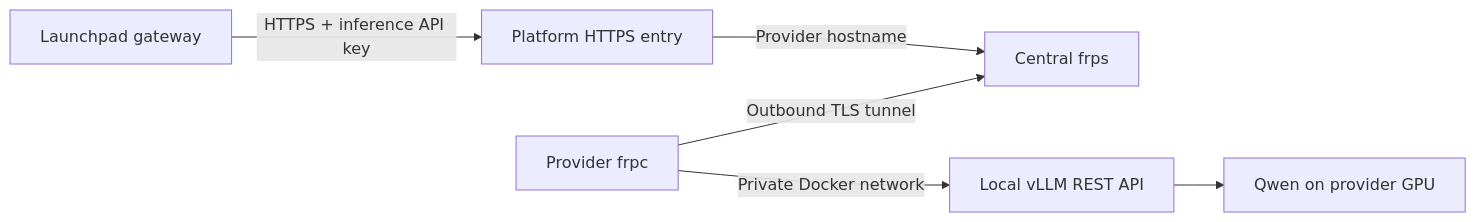
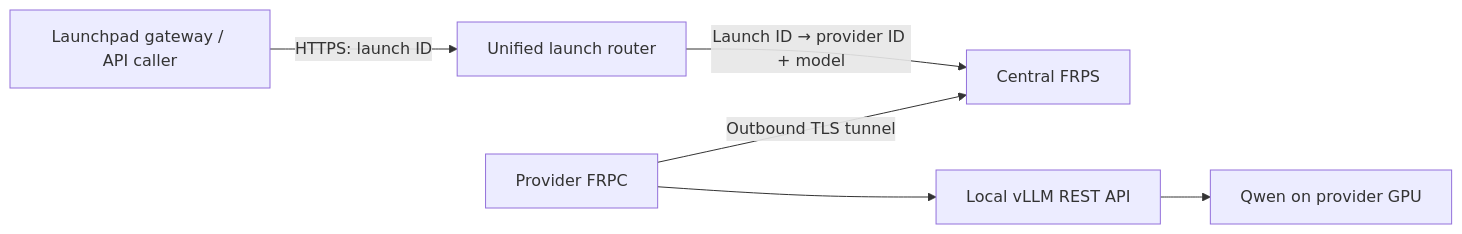
Before and after one commit to xgaozoyoe/cc-launchpad-router: the diagram in docs/HOSTING.md, drawn with Mermaid. The commit also changed other lines of this file and 14 other files, not shown here.

Commit message:
Require FRPC and route unified API requests by credit launch ID

````diff
--- a/docs/HOSTING.md
+++ b/docs/HOSTING.md
@@ -7,8 +14,8 @@
 ```mermaid
 flowchart LR
-    A[Launchpad gateway] -->|HTTPS + inference API key| B[Platform HTTPS entry]
-    B -->|Provider hostname| C[Central frps]
-    D[Provider frpc] -->|Outbound TLS tunnel| C
-    D -->|Private Docker network| E[Local vLLM REST API]
+    A[Launchpad gateway / API caller] -->|HTTPS: launch ID| B[Unified launch router]
+    B -->|Launch ID → provider ID + model| C[Central FRPS]
+    D[Provider FRPC] -->|Outbound TLS tunnel| C
+    D --> E[Local vLLM REST API]
     E --> F[Qwen on provider GPU]
 ```
````
